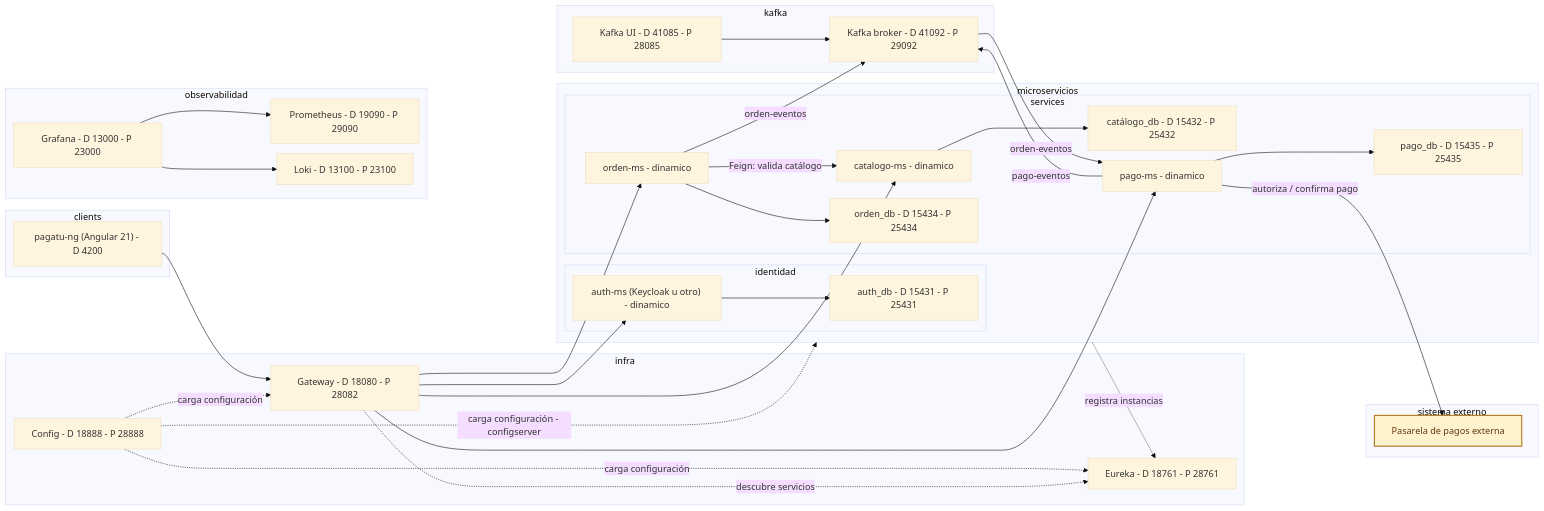
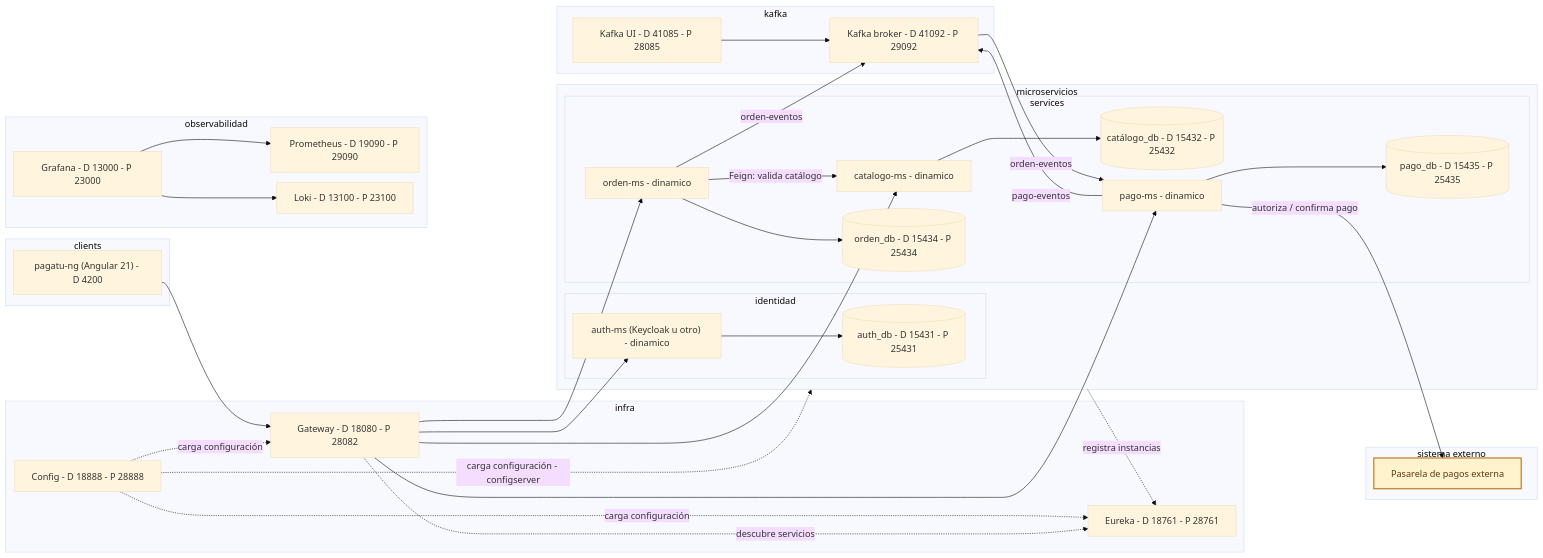
Before and after one commit to 262dist/pagatu: the second of 2 diagrams in docs/index.md, drawn with Mermaid (base theme). The commit also changed 1 other file, not shown here.

````diff
--- a/docs/index.md
+++ b/docs/index.md
@@ -89,76 +89,76 @@
 ```mermaid
 %%{init: {"flowchart": {"nodeSpacing": 18, "rankSpacing": 28, "curve": "basis"}} }%%
 flowchart LR
     subgraph Infra["infra"]
         Config["Config - D 18888 - P 28888"]
         Eureka["Eureka - D 18761 - P 28761"]
         Gateway["Gateway - D 18080 - P 28082"]
     end
 
     subgraph Runtime["microservicios"]
         subgraph Identity["identidad"]
             Auth["auth-ms (Keycloak u otro) - dinamico"]
-            AuthDB["auth_db - D 15431 - P 25431"]
+            AuthDB[("auth_db - D 15431 - P 25431")]
             Auth --> AuthDB
         end
 
         subgraph Services["services"]
             Catalogo["catalogo-ms - dinamico"]
-            CatalogoDB["catálogo_db - D 15432 - P 25432"]
+            CatalogoDB[("catálogo_db - D 15432 - P 25432")]
             Orden["orden-ms - dinamico"]
-            OrdenDB["orden_db - D 15434 - P 25434"]
+            OrdenDB[("orden_db - D 15434 - P 25434")]
             Pago["pago-ms - dinamico"]
-            PagoDB["pago_db - D 15435 - P 25435"]
+            PagoDB[("pago_db - D 15435 - P 25435")]
 
             Catalogo --> CatalogoDB
             Orden --> OrdenDB
             Pago --> PagoDB
             Orden -->|"Feign: valida catálogo"| Catalogo
         end
     end
 
     subgraph Messaging["kafka"]
         Broker["Kafka broker - D 41092 - P 29092"]
         KafkaUI["Kafka UI - D 41085 - P 28085"]
         KafkaUI --> Broker
     end
 
     subgraph External["sistema externo"]
         PaymentGateway["Pasarela de pagos externa"]
     end
 
     Angular --> Gateway
     Gateway --> Auth
     Gateway --> Catalogo
     Gateway --> Orden
     Gateway --> Pago
 
     Config -. "carga configuración" .-> Eureka
     Config -. "carga configuración" .-> Gateway
     Config -. "carga configuración - configserver" .-> Runtime
     Runtime -. "registra instancias" .-> Eureka
     Gateway -. "descubre servicios" .-> Eureka
 
     Orden -->|"orden-eventos"| Broker
     Broker -->|"orden-eventos"| Pago
     Pago -->|"pago-eventos"| Broker
     Pago -->|"autoriza / confirma pago"| PaymentGateway
 
     classDef external fill:#fff3cd,stroke:#b7791f,stroke-width:2px,color:#5f370e;
     class PaymentGateway external;
 
     subgraph Client["clients"]
         Angular["pagatu-ng (Angular 21) - D 4200"]
     end
 
     subgraph Obs["observabilidad"]
         Prometheus["Prometheus - D 19090 - P 29090"]
         Loki["Loki - D 13100 - P 23100"]
         Grafana["Grafana - D 13000 - P 23000"]
         Grafana --> Prometheus
         Grafana --> Loki
     end
 
     Angular ~~~ Prometheus
 
 ```
````
